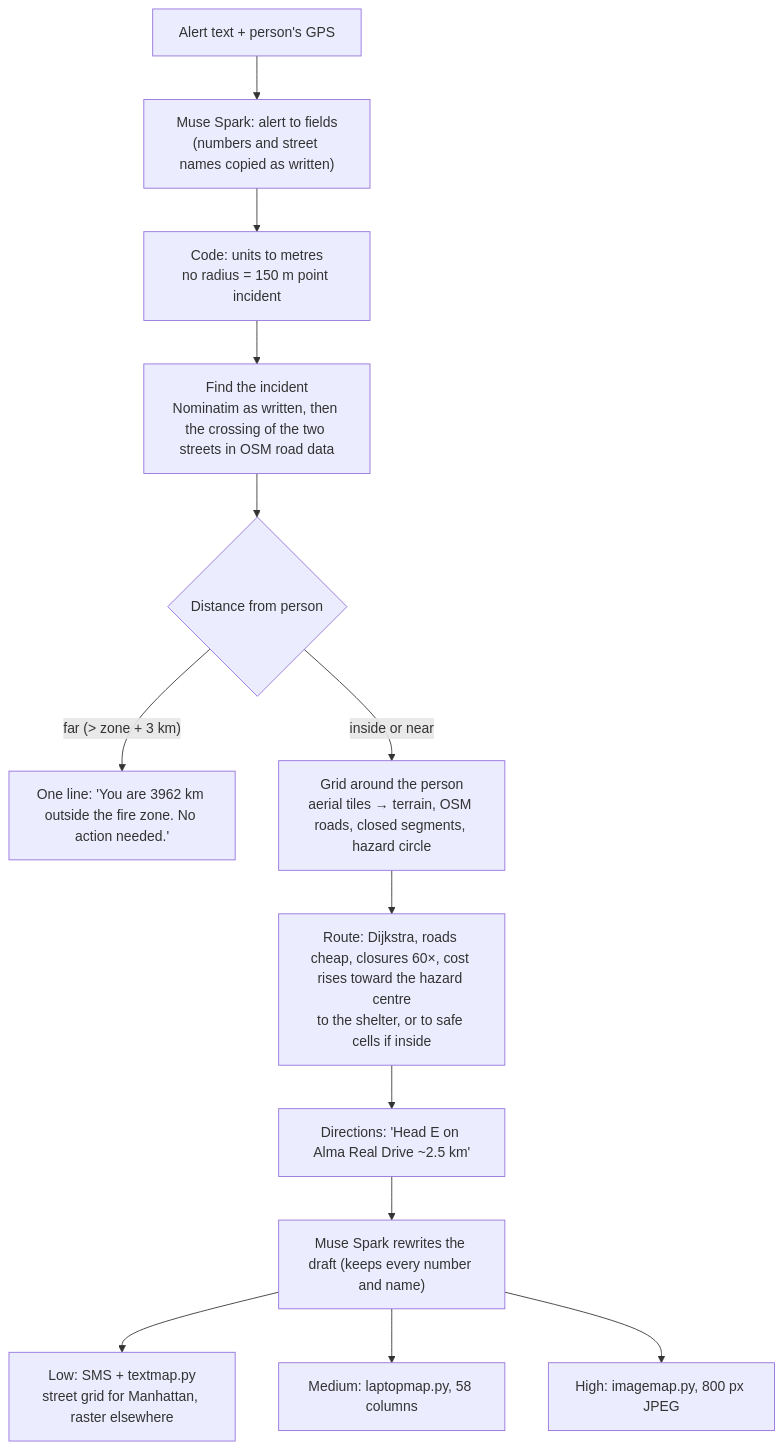
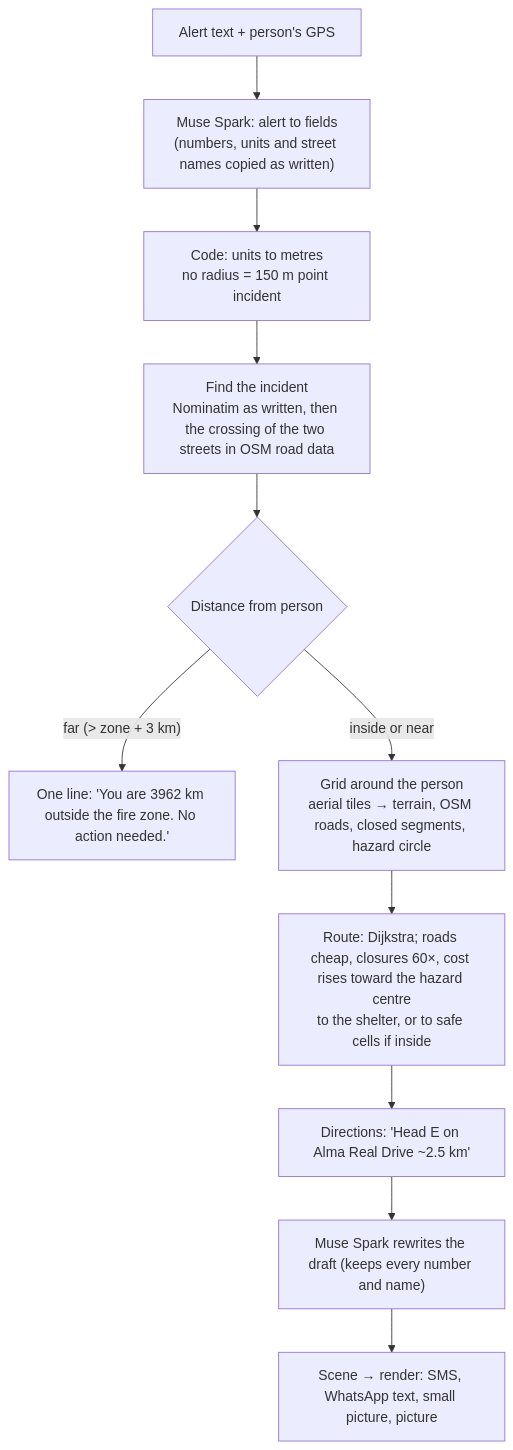
The third of 7 diagrams in README.md (JacobOuyang/MapsImagesText), drawn with Mermaid before and after one commit. The commit also changed other lines of this file and 19 other files, not shown here.

````diff
--- a/README.md
+++ b/README.md
@@ -80,15 +232,13 @@
 ```mermaid
 flowchart TD
-  A[Alert text + person's GPS] --> B["Muse Spark: alert to fields<br/>(numbers and street names copied as written)"]
+  A[Alert text + person's GPS] --> B["Muse Spark: alert to fields<br/>(numbers, units and street names copied as written)"]
   B --> C["Code: units to metres<br/>no radius = 150 m point incident"]
   C --> D["Find the incident<br/>Nominatim as written, then the crossing of the two streets in OSM road data"]
   D --> E{"Distance from person"}
   E -- "far (> zone + 3 km)" --> F["One line: 'You are 3962 km outside the fire zone. No action needed.'"]
   E -- "inside or near" --> G["Grid around the person<br/>aerial tiles → terrain, OSM roads, closed segments, hazard circle"]
-  G --> H["Route: Dijkstra, roads cheap, closures 60×, cost rises toward the hazard centre<br/>to the shelter, or to safe cells if inside"]
+  G --> H["Route: Dijkstra; roads cheap, closures 60×, cost rises toward the hazard centre<br/>to the shelter, or to safe cells if inside"]
   H --> I["Directions: 'Head E on Alma Real Drive ~2.5 km'"]
   I --> J["Muse Spark rewrites the draft (keeps every number and name)"]
-  J --> K1["Low: SMS + textmap.py<br/>street grid for Manhattan, raster elsewhere"]
-  J --> K2["Medium: laptopmap.py, 58 columns"]
-  J --> K3["High: imagemap.py, 800 px JPEG"]
+  J --> K["Scene → render: SMS, WhatsApp text, small picture, picture"]
 ```
````
